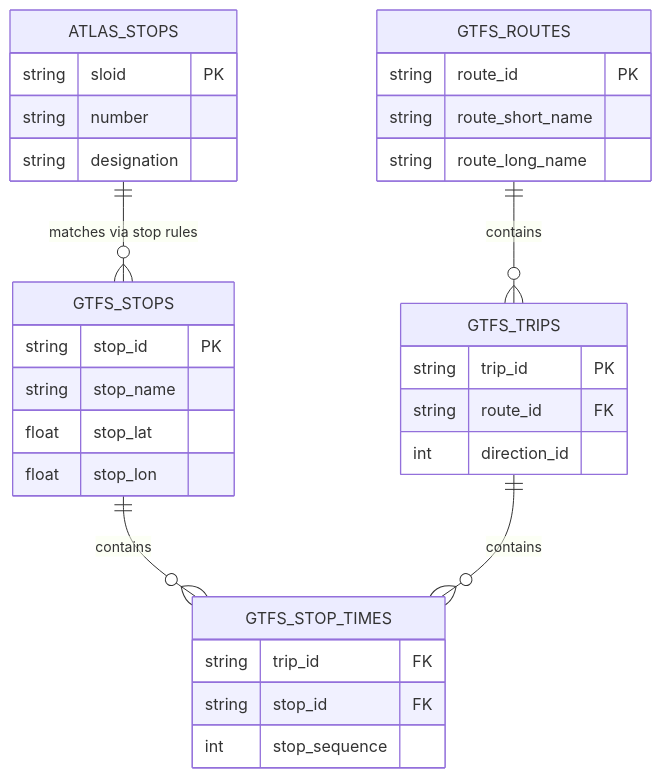
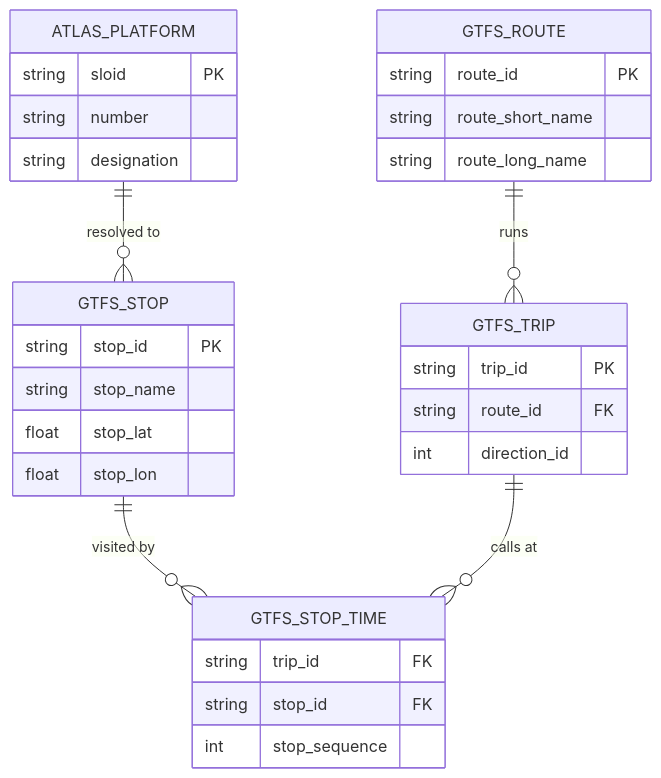
The first of 2 diagrams in documentation/1.2 GTFS ATLAS data.md (openTdataCH/osm-public-transport-matcher), drawn with Mermaid before and after one commit. The commit also changed other lines of this file and 31 other files, not shown here.

````diff
--- a/documentation/1.2 GTFS ATLAS data.md
+++ b/documentation/1.2 GTFS ATLAS data.md
@@ -51,38 +20,34 @@
 ```mermaid
 erDiagram
-    ATLAS_STOPS ||--o{ GTFS_STOPS : "matches via stop rules"
-    GTFS_STOPS ||--o{ GTFS_STOP_TIMES : "contains"
-    GTFS_TRIPS ||--o{ GTFS_STOP_TIMES : "contains"
-    GTFS_ROUTES ||--o{ GTFS_TRIPS : "contains"
+    ATLAS_PLATFORM ||--o{ GTFS_STOP : "resolved to"
+    GTFS_STOP ||--o{ GTFS_STOP_TIME : "visited by"
+    GTFS_TRIP ||--o{ GTFS_STOP_TIME : "calls at"
+    GTFS_ROUTE ||--o{ GTFS_TRIP : "runs"
 
-    ATLAS_STOPS {
+    ATLAS_PLATFORM {
         string sloid PK
         string number
         string designation
     }
-
-    GTFS_STOPS {
+    GTFS_STOP {
         string stop_id PK
         string stop_name
         float stop_lat
         float stop_lon
     }
-
-    GTFS_STOP_TIMES {
+    GTFS_STOP_TIME {
         string trip_id FK
         string stop_id FK
         int stop_sequence
     }
-
-    GTFS_TRIPS {
+    GTFS_TRIP {
         string trip_id PK
         string route_id FK
         int direction_id
     }
-
-    GTFS_ROUTES {
+    GTFS_ROUTE {
         string route_id PK
         string route_short_name
         string route_long_name
     }
 ```
````
